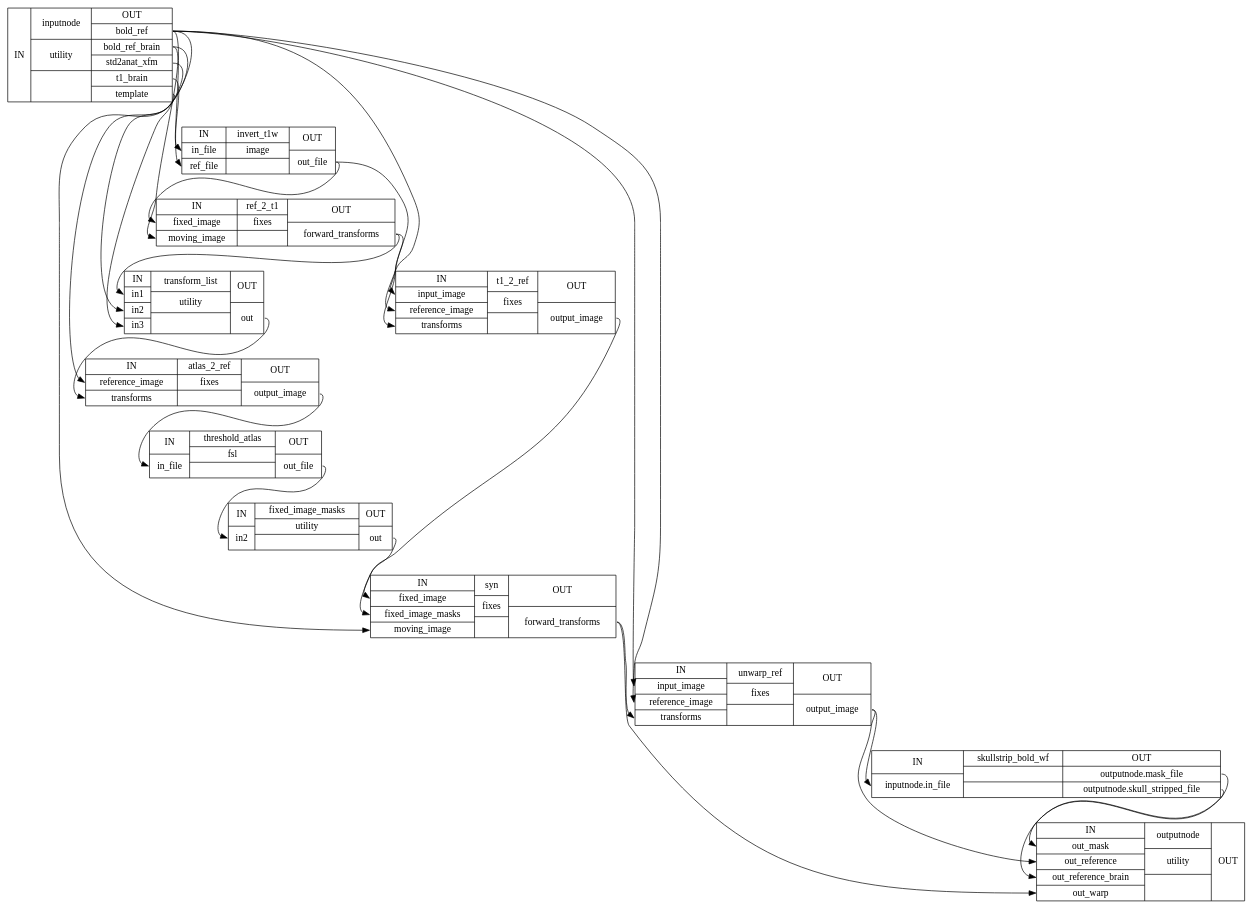
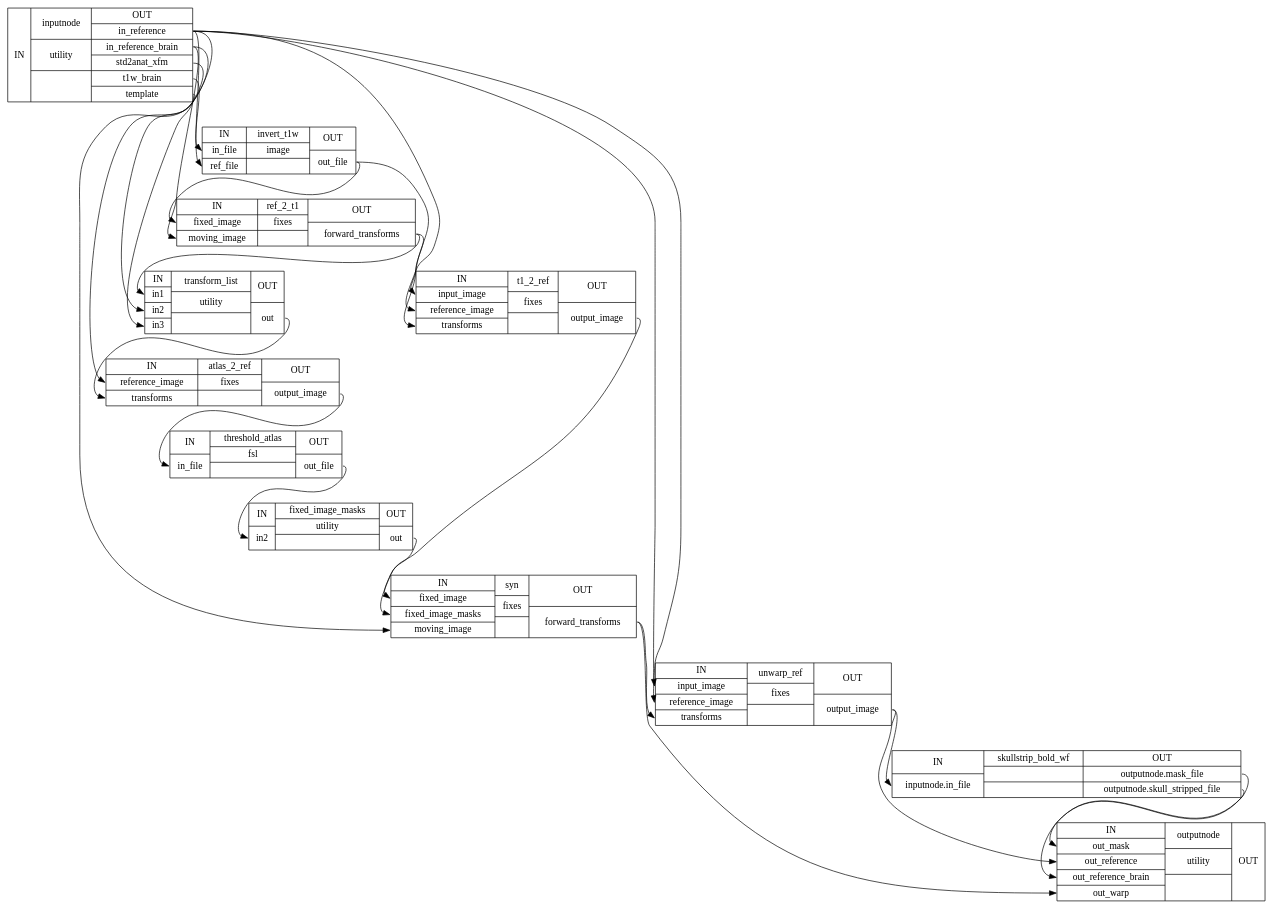
One commit to wayne009007/sdcflows changed the diagram in docs_test/wf_directive/api/syn_sdc_wf/sdcflows-workflows-syn-1_detailed.dot. Above: the diagram before and after it, drawn with Graphviz. The commit also changed 217 other files, not shown here.

```diff
--- a/docs_test/wf_directive/api/syn_sdc_wf/sdcflows-workflows-syn-1_detailed.dot
+++ b/docs_test/wf_directive/api/syn_sdc_wf/sdcflows-workflows-syn-1_detailed.dot
@@ -1,40 +1,40 @@
 digraph structs {
 node [shape=record];
-syn_sdc_wfinputnode [label="{IN}|{ inputnode | utility |  }|{OUT|<outboldref> bold_ref|<outboldrefbrain> bold_ref_brain|<outstd2anatxfm> std2anat_xfm|<outt1brain> t1_brain|<outtemplate> template}"];
+syn_sdc_wfinputnode [label="{IN}|{ inputnode | utility |  }|{OUT|<outinreference> in_reference|<outinreferencebrain> in_reference_brain|<outstd2anatxfm> std2anat_xfm|<outt1wbrain> t1w_brain|<outtemplate> template}"];
 syn_sdc_wfinvert_t1w [label="{IN|<ininfile> in_file|<inreffile> ref_file}|{ invert_t1w | image |  }|{OUT|<outoutfile> out_file}"];
 syn_sdc_wfref_2_t1 [label="{IN|<infixedimage> fixed_image|<inmovingimage> moving_image}|{ ref_2_t1 | fixes |  }|{OUT|<outforwardtransforms> forward_transforms}"];
 syn_sdc_wftransform_list [label="{IN|<inin1> in1|<inin2> in2|<inin3> in3}|{ transform_list | utility |  }|{OUT|<outout> out}"];
 syn_sdc_wfatlas_2_ref [label="{IN|<inreferenceimage> reference_image|<intransforms> transforms}|{ atlas_2_ref | fixes |  }|{OUT|<outoutputimage> output_image}"];
 syn_sdc_wfthreshold_atlas [label="{IN|<ininfile> in_file}|{ threshold_atlas | fsl |  }|{OUT|<outoutfile> out_file}"];
 syn_sdc_wffixed_image_masks [label="{IN|<inin2> in2}|{ fixed_image_masks | utility |  }|{OUT|<outout> out}"];
 syn_sdc_wft1_2_ref [label="{IN|<ininputimage> input_image|<inreferenceimage> reference_image|<intransforms> transforms}|{ t1_2_ref | fixes |  }|{OUT|<outoutputimage> output_image}"];
 syn_sdc_wfsyn [label="{IN|<infixedimage> fixed_image|<infixedimagemasks> fixed_image_masks|<inmovingimage> moving_image}|{ syn | fixes |  }|{OUT|<outforwardtransforms> forward_transforms}"];
 syn_sdc_wfunwarp_ref [label="{IN|<ininputimage> input_image|<inreferenceimage> reference_image|<intransforms> transforms}|{ unwarp_ref | fixes |  }|{OUT|<outoutputimage> output_image}"];
 syn_sdc_wfskullstrip_bold_wf [label="{IN|<ininputnodeinfile> inputnode.in_file}|{ skullstrip_bold_wf |  |  }|{OUT|<outoutputnodemaskfile> outputnode.mask_file|<outoutputnodeskullstrippedfile> outputnode.skull_stripped_file}"];
 syn_sdc_wfoutputnode [label="{IN|<inoutmask> out_mask|<inoutreference> out_reference|<inoutreferencebrain> out_reference_brain|<inoutwarp> out_warp}|{ outputnode | utility |  }|{OUT}"];
 syn_sdc_wfatlas_2_ref:outoutputimage:e -> syn_sdc_wfthreshold_atlas:ininfile:w;
 syn_sdc_wffixed_image_masks:outout:e -> syn_sdc_wfsyn:infixedimagemasks:w;
-syn_sdc_wfinputnode:outboldref:e -> syn_sdc_wfatlas_2_ref:inreferenceimage:w;
-syn_sdc_wfinputnode:outboldref:e -> syn_sdc_wfinvert_t1w:inreffile:w;
-syn_sdc_wfinputnode:outboldref:e -> syn_sdc_wft1_2_ref:inreferenceimage:w;
-syn_sdc_wfinputnode:outboldref:e -> syn_sdc_wfunwarp_ref:ininputimage:w;
-syn_sdc_wfinputnode:outboldref:e -> syn_sdc_wfunwarp_ref:inreferenceimage:w;
-syn_sdc_wfinputnode:outboldrefbrain:e -> syn_sdc_wfref_2_t1:inmovingimage:w;
-syn_sdc_wfinputnode:outboldrefbrain:e -> syn_sdc_wfsyn:inmovingimage:w;
+syn_sdc_wfinputnode:outinreference:e -> syn_sdc_wfatlas_2_ref:inreferenceimage:w;
+syn_sdc_wfinputnode:outinreference:e -> syn_sdc_wfinvert_t1w:inreffile:w;
+syn_sdc_wfinputnode:outinreference:e -> syn_sdc_wft1_2_ref:inreferenceimage:w;
+syn_sdc_wfinputnode:outinreference:e -> syn_sdc_wfunwarp_ref:ininputimage:w;
+syn_sdc_wfinputnode:outinreference:e -> syn_sdc_wfunwarp_ref:inreferenceimage:w;
+syn_sdc_wfinputnode:outinreferencebrain:e -> syn_sdc_wfref_2_t1:inmovingimage:w;
+syn_sdc_wfinputnode:outinreferencebrain:e -> syn_sdc_wfsyn:inmovingimage:w;
 syn_sdc_wfinputnode:outstd2anatxfm:e -> syn_sdc_wftransform_list:inin2:w;
-syn_sdc_wfinputnode:outt1brain:e -> syn_sdc_wfinvert_t1w:ininfile:w;
+syn_sdc_wfinputnode:outt1wbrain:e -> syn_sdc_wfinvert_t1w:ininfile:w;
 syn_sdc_wfinputnode:outtemplate:e -> syn_sdc_wftransform_list:inin3:w;
 syn_sdc_wfinvert_t1w:outoutfile:e -> syn_sdc_wfref_2_t1:infixedimage:w;
 syn_sdc_wfinvert_t1w:outoutfile:e -> syn_sdc_wft1_2_ref:ininputimage:w;
 syn_sdc_wfref_2_t1:outforwardtransforms:e -> syn_sdc_wft1_2_ref:intransforms:w;
 syn_sdc_wfref_2_t1:outforwardtransforms:e -> syn_sdc_wftransform_list:inin1:w;
 syn_sdc_wfskullstrip_bold_wf:outoutputnodemaskfile:e -> syn_sdc_wfoutputnode:inoutmask:w;
 syn_sdc_wfskullstrip_bold_wf:outoutputnodeskullstrippedfile:e -> syn_sdc_wfoutputnode:inoutreferencebrain:w;
 syn_sdc_wfsyn:outforwardtransforms:e -> syn_sdc_wfoutputnode:inoutwarp:w;
 syn_sdc_wfsyn:outforwardtransforms:e -> syn_sdc_wfunwarp_ref:intransforms:w;
 syn_sdc_wft1_2_ref:outoutputimage:e -> syn_sdc_wfsyn:infixedimage:w;
 syn_sdc_wfthreshold_atlas:outoutfile:e -> syn_sdc_wffixed_image_masks:inin2:w;
 syn_sdc_wftransform_list:outout:e -> syn_sdc_wfatlas_2_ref:intransforms:w;
 syn_sdc_wfunwarp_ref:outoutputimage:e -> syn_sdc_wfoutputnode:inoutreference:w;
 syn_sdc_wfunwarp_ref:outoutputimage:e -> syn_sdc_wfskullstrip_bold_wf:ininputnodeinfile:w;
 }
```
